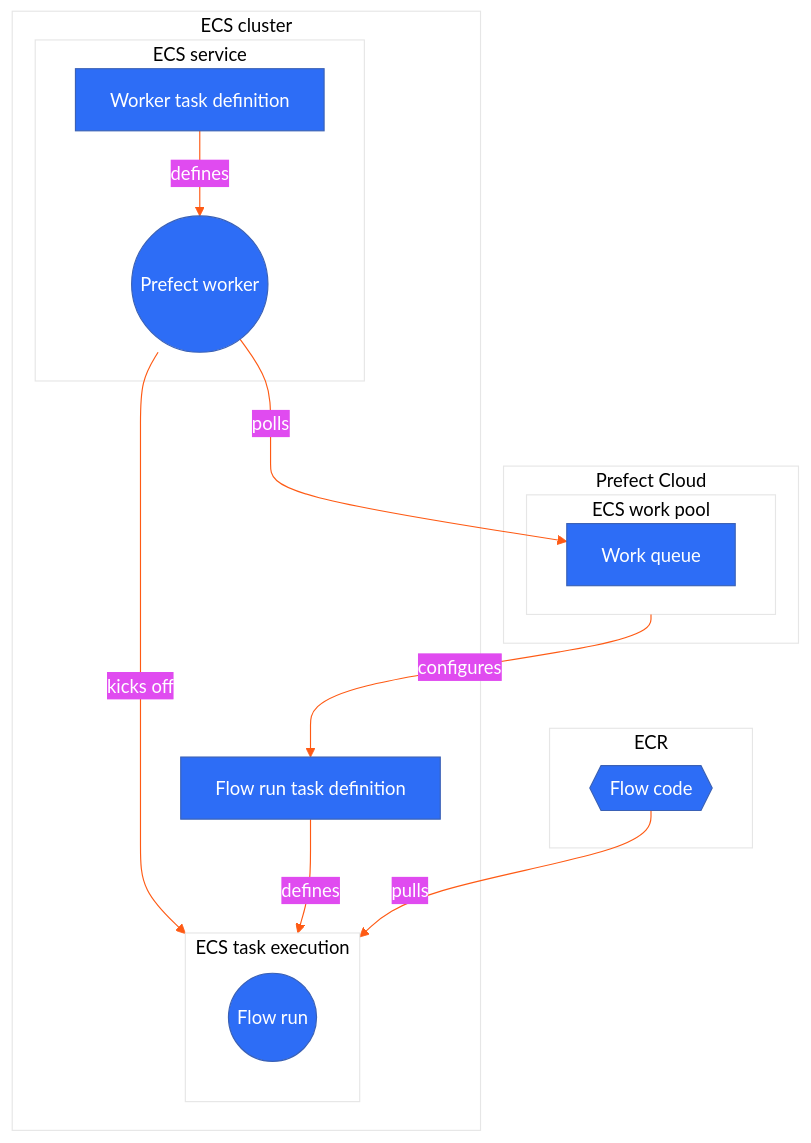
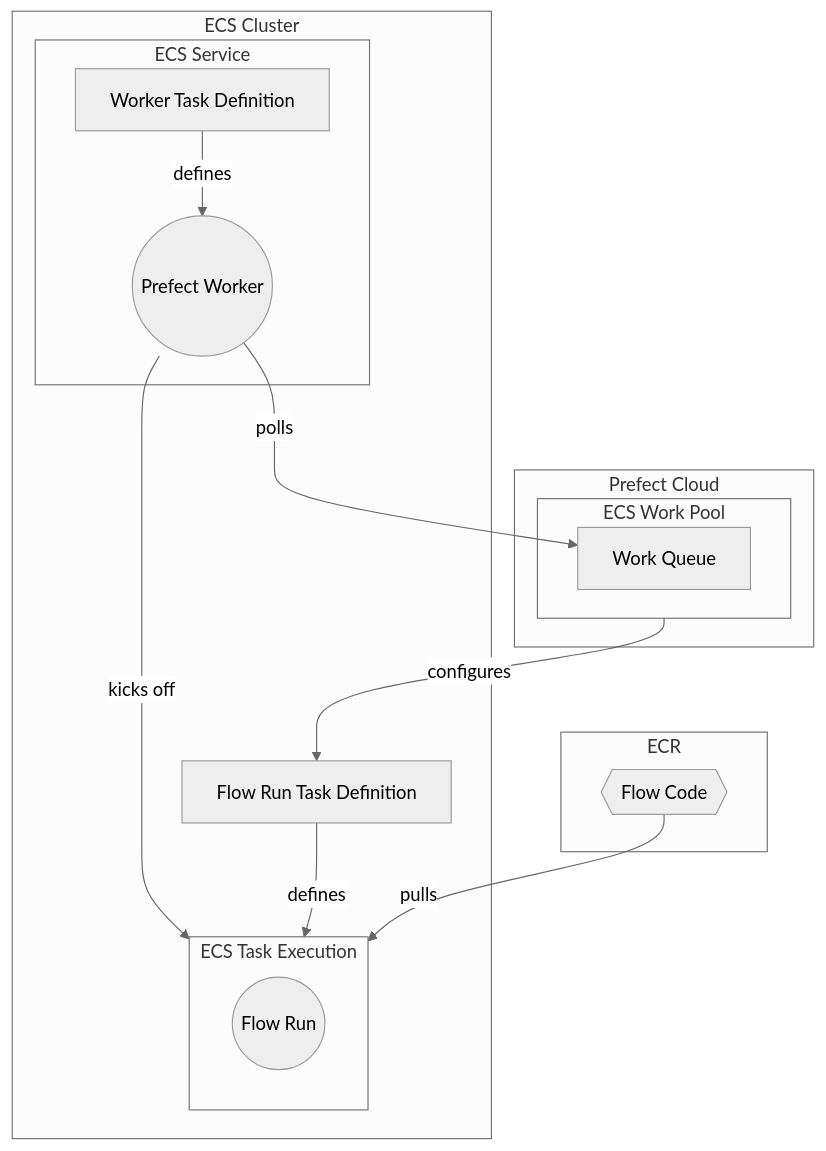
One commit to PrefectHQ/prefect changed the diagram in docs/integrations/prefect-aws/ecs_guide.mdx. Above: the diagram before and after it, drawn with Mermaid. The commit also changed 3 other files, not shown here.

Commit message:
update mermaid.js chart styling

````diff
--- a/docs/integrations/prefect-aws/ecs_guide.mdx
+++ b/docs/integrations/prefect-aws/ecs_guide.mdx
@@ -20,46 +20,42 @@
 ```mermaid
 %%{
   init: {
-    'theme': 'base',
+    'theme': 'neutral',
     'themeVariables': {
-      'primaryColor': '#2D6DF6',
-      'primaryTextColor': '#fff',
-      'lineColor': '#FE5A14',
-      'secondaryColor': '#E04BF0',
-      'tertiaryColor': '#fff'
+      'margin': '10px'
     }
   }
 }%%
-graph TB
 
-  subgraph ecs_cluster[ECS cluster]
-    subgraph ecs_service[ECS service]
-      td_worker[Worker task definition] --> |defines| prefect_worker((Prefect worker))
+flowchart TB
+    subgraph ecs_cluster[ECS Cluster]
+        subgraph ecs_service[ECS Service]
+            td_worker[Worker Task Definition] --> |defines| prefect_worker((Prefect Worker))
+        end
+
+        prefect_worker -->|kicks off| ecs_task
+    
+        fr_task_definition[Flow Run Task Definition]
+
+        subgraph ecs_task["ECS Task Execution"]
+        style ecs_task text-align:center,display:flex
+            flow_run((Flow Run))
+        end
+
+        fr_task_definition -->|defines| ecs_task
     end
-    prefect_worker -->|kicks off| ecs_task
-    fr_task_definition[Flow run task definition]
 
+    subgraph prefect_cloud[Prefect Cloud]
+        subgraph prefect_workpool[ECS Work Pool]
+            workqueue[Work Queue]
+        end
+    end
 
-    subgraph ecs_task["ECS task execution"]
-    style ecs_task text-align:center,display:flex
+    subgraph github["ECR"]
+        flow_code{{"Flow Code"}}
+    end
 
-
-    flow_run((Flow run))
-
-    end
-    fr_task_definition -->|defines| ecs_task
-  end
-
-  subgraph prefect_cloud[Prefect Cloud]
-    subgraph prefect_workpool[ECS work pool]
-      workqueue[Work queue]
-    end
-  end
-
-  subgraph github["ECR"]
-    flow_code{{"Flow code"}}
-  end
-  flow_code --> |pulls| ecs_task
-  prefect_worker -->|polls| workqueue
-  prefect_workpool -->|configures| fr_task_definition
+    flow_code --> |pulls| ecs_task
+    prefect_worker -->|polls| workqueue
+    prefect_workpool -->|configures| fr_task_definition
 ```
````
